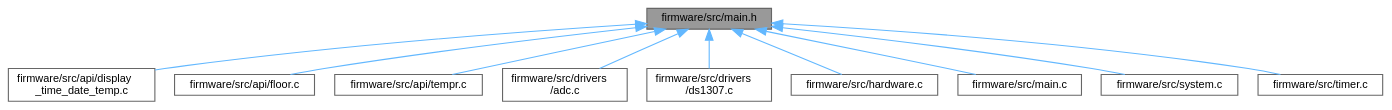
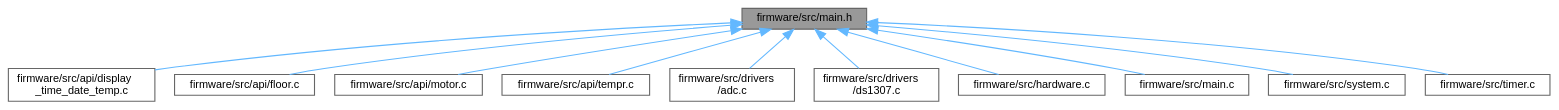
One commit to Ghaadyy/elevator-controller changed the diagram in dev/main_8h__dep__incl.dot. Above: the diagram before and after it, drawn with Graphviz. The commit also changed 95 other files, not shown here.

```diff
--- a/dev/main_8h__dep__incl.dot
+++ b/dev/main_8h__dep__incl.dot
@@ -1,26 +1,28 @@
 digraph "firmware/src/main.h"
 {
  // LATEX_PDF_SIZE
   bgcolor="transparent";
   edge [fontname=Helvetica,fontsize=10,labelfontname=Helvetica,labelfontsize=10];
   node [fontname=Helvetica,fontsize=10,shape=box,height=0.2,width=0.4];
   Node1 [id="Node000001",label="firmware/src/main.h",height=0.2,width=0.4,color="gray40", fillcolor="grey60", style="filled", fontcolor="black",tooltip=" "];
   Node1 -> Node2 [id="edge1_Node000001_Node000002",dir="back",color="steelblue1",style="solid",tooltip=" "];
   Node2 [id="Node000002",label="firmware/src/api/display\l_time_date_temp.c",height=0.2,width=0.4,color="grey40", fillcolor="white", style="filled",URL="$display__time__date__temp_8c.html",tooltip=" "];
   Node1 -> Node3 [id="edge2_Node000001_Node000003",dir="back",color="steelblue1",style="solid",tooltip=" "];
   Node3 [id="Node000003",label="firmware/src/api/floor.c",height=0.2,width=0.4,color="grey40", fillcolor="white", style="filled",URL="$floor_8c.html",tooltip="Implementation of the floor monitor API."];
   Node1 -> Node4 [id="edge3_Node000001_Node000004",dir="back",color="steelblue1",style="solid",tooltip=" "];
-  Node4 [id="Node000004",label="firmware/src/api/tempr.c",height=0.2,width=0.4,color="grey40", fillcolor="white", style="filled",URL="$tempr_8c.html",tooltip=" "];
+  Node4 [id="Node000004",label="firmware/src/api/motor.c",height=0.2,width=0.4,color="grey40", fillcolor="white", style="filled",URL="$motor_8c.html",tooltip=" "];
   Node1 -> Node5 [id="edge4_Node000001_Node000005",dir="back",color="steelblue1",style="solid",tooltip=" "];
-  Node5 [id="Node000005",label="firmware/src/drivers\l/adc.c",height=0.2,width=0.4,color="grey40", fillcolor="white", style="filled",URL="$adc_8c.html",tooltip=" "];
+  Node5 [id="Node000005",label="firmware/src/api/tempr.c",height=0.2,width=0.4,color="grey40", fillcolor="white", style="filled",URL="$tempr_8c.html",tooltip=" "];
   Node1 -> Node6 [id="edge5_Node000001_Node000006",dir="back",color="steelblue1",style="solid",tooltip=" "];
-  Node6 [id="Node000006",label="firmware/src/drivers\l/ds1307.c",height=0.2,width=0.4,color="grey40", fillcolor="white", style="filled",URL="$ds1307_8c.html",tooltip=" "];
+  Node6 [id="Node000006",label="firmware/src/drivers\l/adc.c",height=0.2,width=0.4,color="grey40", fillcolor="white", style="filled",URL="$adc_8c.html",tooltip=" "];
   Node1 -> Node7 [id="edge6_Node000001_Node000007",dir="back",color="steelblue1",style="solid",tooltip=" "];
-  Node7 [id="Node000007",label="firmware/src/hardware.c",height=0.2,width=0.4,color="grey40", fillcolor="white", style="filled",URL="$hardware_8c.html",tooltip=" "];
+  Node7 [id="Node000007",label="firmware/src/drivers\l/ds1307.c",height=0.2,width=0.4,color="grey40", fillcolor="white", style="filled",URL="$ds1307_8c.html",tooltip=" "];
   Node1 -> Node8 [id="edge7_Node000001_Node000008",dir="back",color="steelblue1",style="solid",tooltip=" "];
-  Node8 [id="Node000008",label="firmware/src/main.c",height=0.2,width=0.4,color="grey40", fillcolor="white", style="filled",URL="$main_8c.html",tooltip=" "];
+  Node8 [id="Node000008",label="firmware/src/hardware.c",height=0.2,width=0.4,color="grey40", fillcolor="white", style="filled",URL="$hardware_8c.html",tooltip=" "];
   Node1 -> Node9 [id="edge8_Node000001_Node000009",dir="back",color="steelblue1",style="solid",tooltip=" "];
-  Node9 [id="Node000009",label="firmware/src/system.c",height=0.2,width=0.4,color="grey40", fillcolor="white", style="filled",URL="$system_8c.html",tooltip=" "];
+  Node9 [id="Node000009",label="firmware/src/main.c",height=0.2,width=0.4,color="grey40", fillcolor="white", style="filled",URL="$main_8c.html",tooltip=" "];
   Node1 -> Node10 [id="edge9_Node000001_Node000010",dir="back",color="steelblue1",style="solid",tooltip=" "];
-  Node10 [id="Node000010",label="firmware/src/timer.c",height=0.2,width=0.4,color="grey40", fillcolor="white", style="filled",URL="$timer_8c.html",tooltip=" "];
+  Node10 [id="Node000010",label="firmware/src/system.c",height=0.2,width=0.4,color="grey40", fillcolor="white", style="filled",URL="$system_8c.html",tooltip=" "];
+  Node1 -> Node11 [id="edge10_Node000001_Node000011",dir="back",color="steelblue1",style="solid",tooltip=" "];
+  Node11 [id="Node000011",label="firmware/src/timer.c",height=0.2,width=0.4,color="grey40", fillcolor="white", style="filled",URL="$timer_8c.html",tooltip=" "];
 }
```
